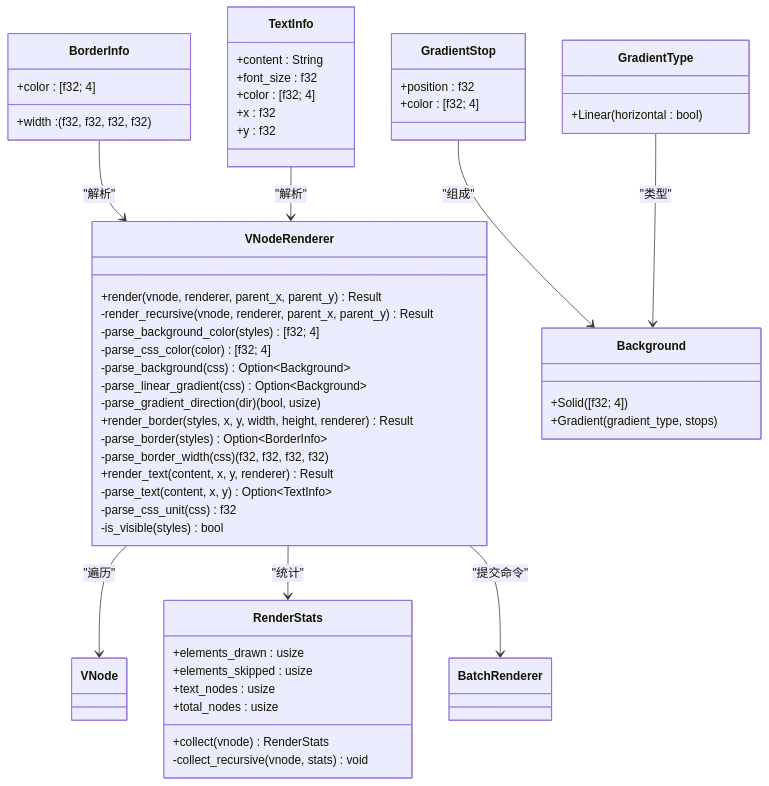
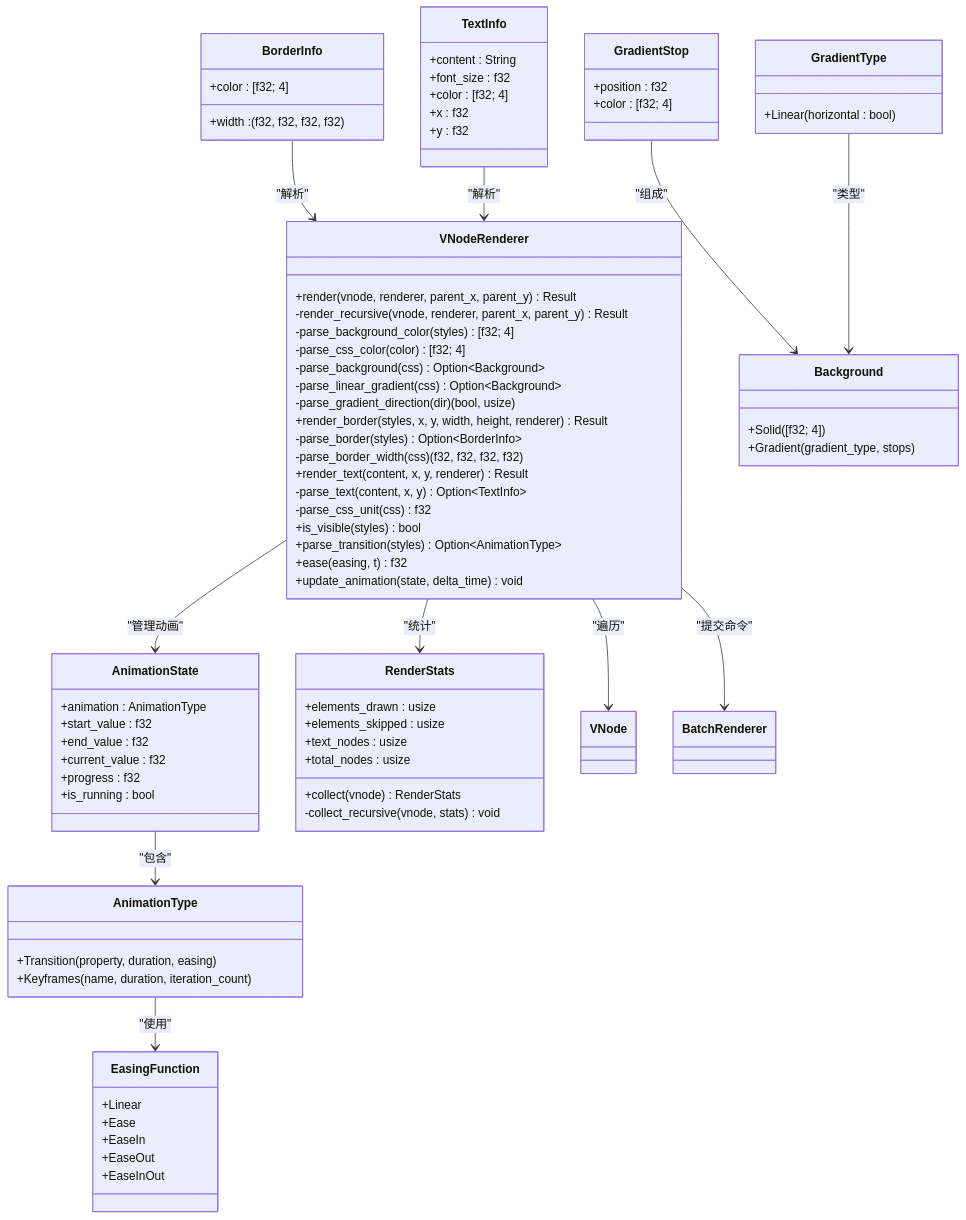
The third of 15 diagrams in .qoder/repowiki/zh/content/技术架构详解/WebGPU渲染引擎/VNode GPU渲染器模块.md (itszzl-sudo/iris), drawn with Mermaid before and after one commit. The commit also changed other lines of this file and 4 other files, not shown here.

````diff
--- a/.qoder/repowiki/zh/content/技术架构详解/WebGPU渲染引擎/VNode GPU渲染器模块.md
+++ b/.qoder/repowiki/zh/content/技术架构详解/WebGPU渲染引擎/VNode GPU渲染器模块.md
@@ -169,56 +181,81 @@
 ```mermaid
 classDiagram
 class VNodeRenderer {
 +render(vnode, renderer, parent_x, parent_y) Result
 -render_recursive(vnode, renderer, parent_x, parent_y) Result
 -parse_background_color(styles) [f32; 4]
 -parse_css_color(color) [f32; 4]
 -parse_background(css) Option~Background~
 -parse_linear_gradient(css) Option~Background~
 -parse_gradient_direction(dir) (bool, usize)
 +render_border(styles, x, y, width, height, renderer) Result
 -parse_border(styles) Option~BorderInfo~
 -parse_border_width(css) (f32, f32, f32, f32)
 +render_text(content, x, y, renderer) Result
 -parse_text(content, x, y) Option~TextInfo~
 -parse_css_unit(css) f32
--is_visible(styles) bool
++is_visible(styles) bool
++parse_transition(styles) Option~AnimationType~
++ease(easing, t) f32
++update_animation(state, delta_time) void
+}
+class AnimationState {
++animation : AnimationType
++start_value : f32
++end_value : f32
++current_value : f32
++progress : f32
++is_running : bool
+}
+class AnimationType {
++Transition(property, duration, easing)
++Keyframes(name, duration, iteration_count)
+}
+class EasingFunction {
++Linear
++Ease
++EaseIn
++EaseOut
++EaseInOut
 }
 class RenderStats {
 +elements_drawn : usize
 +elements_skipped : usize
 +text_nodes : usize
 +total_nodes : usize
 +collect(vnode) RenderStats
 -collect_recursive(vnode, stats) void
 }
 class BorderInfo {
 +width : (f32, f32, f32, f32)
 +color : [f32; 4]
 }
 class TextInfo {
 +content : String
 +font_size : f32
 +color : [f32; 4]
 +x : f32
 +y : f32
 }
 class GradientStop {
 +position : f32
 +color : [f32; 4]
 }
 class GradientType {
 +Linear(horizontal : bool)
 }
 class Background {
 +Solid([f32; 4])
 +Gradient(gradient_type, stops)
 }
 VNodeRenderer --> VNode : "遍历"
 VNodeRenderer --> RenderStats : "统计"
 VNodeRenderer --> BatchRenderer : "提交命令"
+VNodeRenderer --> AnimationState : "管理动画"
+AnimationState --> AnimationType : "包含"
+AnimationType --> EasingFunction : "使用"
 BorderInfo --> VNodeRenderer : "解析"
 TextInfo --> VNodeRenderer : "解析"
 GradientStop --> Background : "组成"
 GradientType --> Background : "类型"
 ```
````
